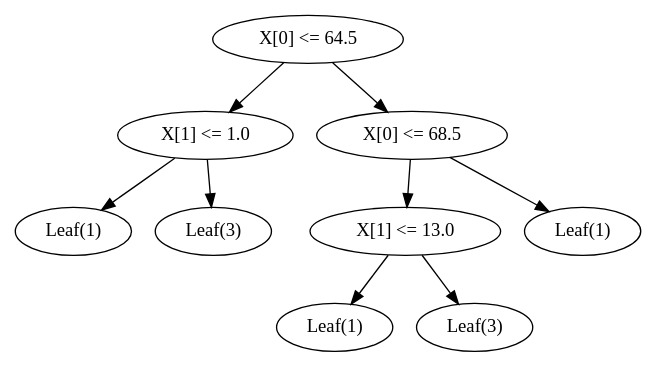
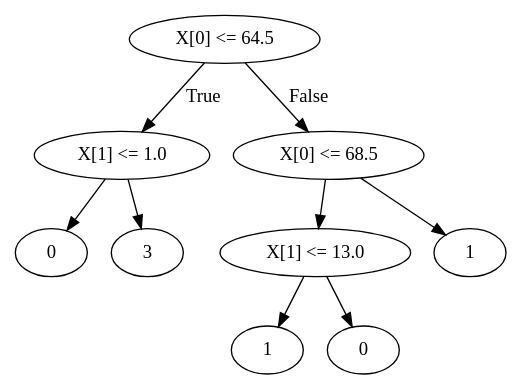
One commit to hobborg/dtControl changed the diagram in decision_trees/MaxEveryNodeDT/cruise-medium-latest/MaxEveryNodeDT.dot. Above: the diagram before and after it, drawn with Graphviz. The commit also changed 15 other files, not shown here.

```diff
--- a/decision_trees/MaxEveryNodeDT/cruise-medium-latest/MaxEveryNodeDT.dot
+++ b/decision_trees/MaxEveryNodeDT/cruise-medium-latest/MaxEveryNodeDT.dot
@@ -1,20 +1,20 @@
 digraph {
 0 [label="X[0] <= 64.5"];
 1 [label="X[1] <= 1.0"];
-2 [label="Leaf(1)"];
-1 -> 2;
-3 [label="Leaf(3)"];
-1 -> 3;
-0 -> 1;
+2 [label="0"];
+1 -> 2 [label=""];
+3 [label="3"];
+1 -> 3 [label=""];
+0 -> 1 [label="True"];
 4 [label="X[0] <= 68.5"];
 5 [label="X[1] <= 13.0"];
-6 [label="Leaf(1)"];
-5 -> 6;
-7 [label="Leaf(3)"];
-5 -> 7;
-4 -> 5;
-8 [label="Leaf(1)"];
-4 -> 8;
-0 -> 4;
+6 [label="1"];
+5 -> 6 [label=""];
+7 [label="0"];
+5 -> 7 [label=""];
+4 -> 5 [label=""];
+8 [label="1"];
+4 -> 8 [label=""];
+0 -> 4 [label="False"];
 
 }
```
